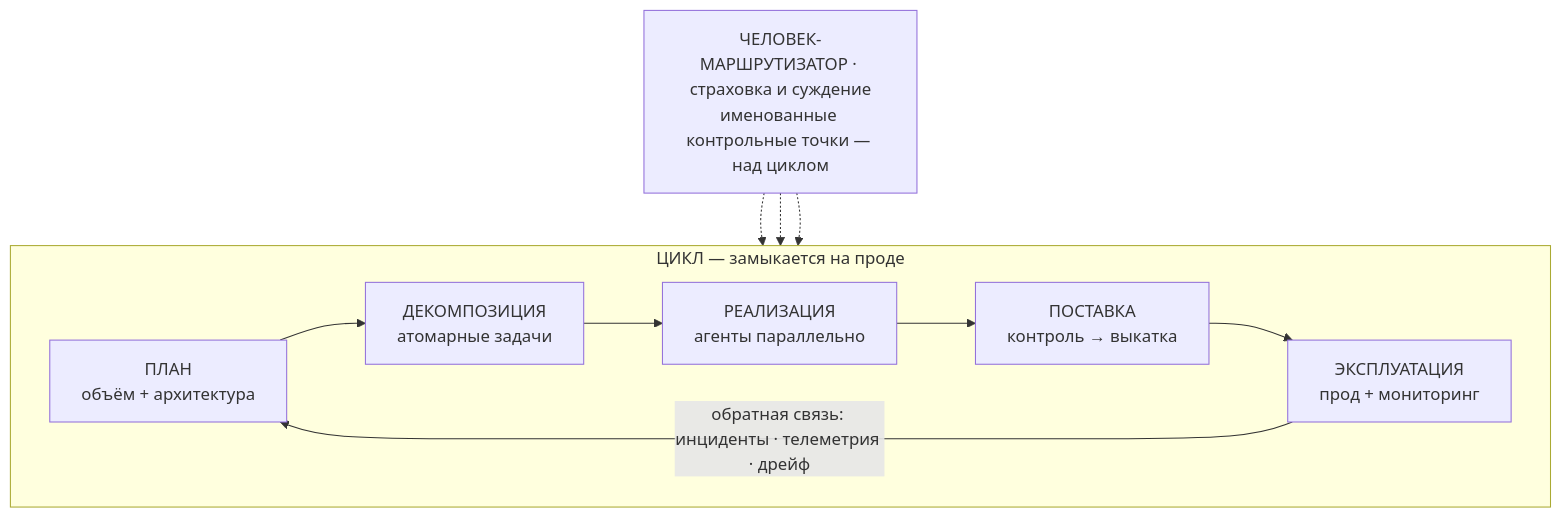
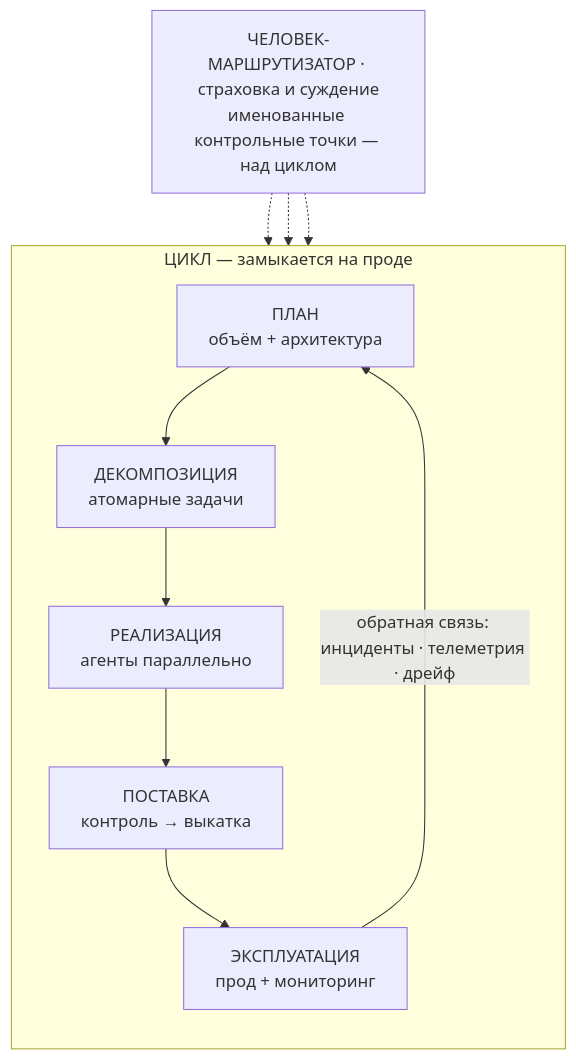
One commit to NikolaiSachok/ai-engineering-handbook changed the diagram in i18n/ru/docusaurus-plugin-content-docs-ai-sdlc/current/intro.md. Above: the diagram before and after it, drawn with Mermaid. The commit also changed 3 other files, not shown here.

````diff
--- a/i18n/ru/docusaurus-plugin-content-docs-ai-sdlc/current/intro.md
+++ b/i18n/ru/docusaurus-plugin-content-docs-ai-sdlc/current/intro.md
@@ -24,12 +24,12 @@
 ```mermaid
 flowchart TB
     HR["ЧЕЛОВЕК-МАРШРУТИЗАТОР · страховка и суждение<br/>именованные контрольные точки — над циклом"]
     subgraph LOOP["ЦИКЛ — замыкается на проде"]
-      direction LR
+      direction TB
       PLAN["ПЛАН<br/>объём + архитектура"] --> DEC["ДЕКОМПОЗИЦИЯ<br/>атомарные задачи"] --> IMPL["РЕАЛИЗАЦИЯ<br/>агенты параллельно"] --> SHIP["ПОСТАВКА<br/>контроль → выкатка"] --> OPS["ЭКСПЛУАТАЦИЯ<br/>прод + мониторинг"]
       OPS -->|"обратная связь: инциденты · телеметрия · дрейф"| PLAN
     end
     HR -.-> PLAN
     HR -.-> IMPL
     HR -.-> OPS
 ```
````
